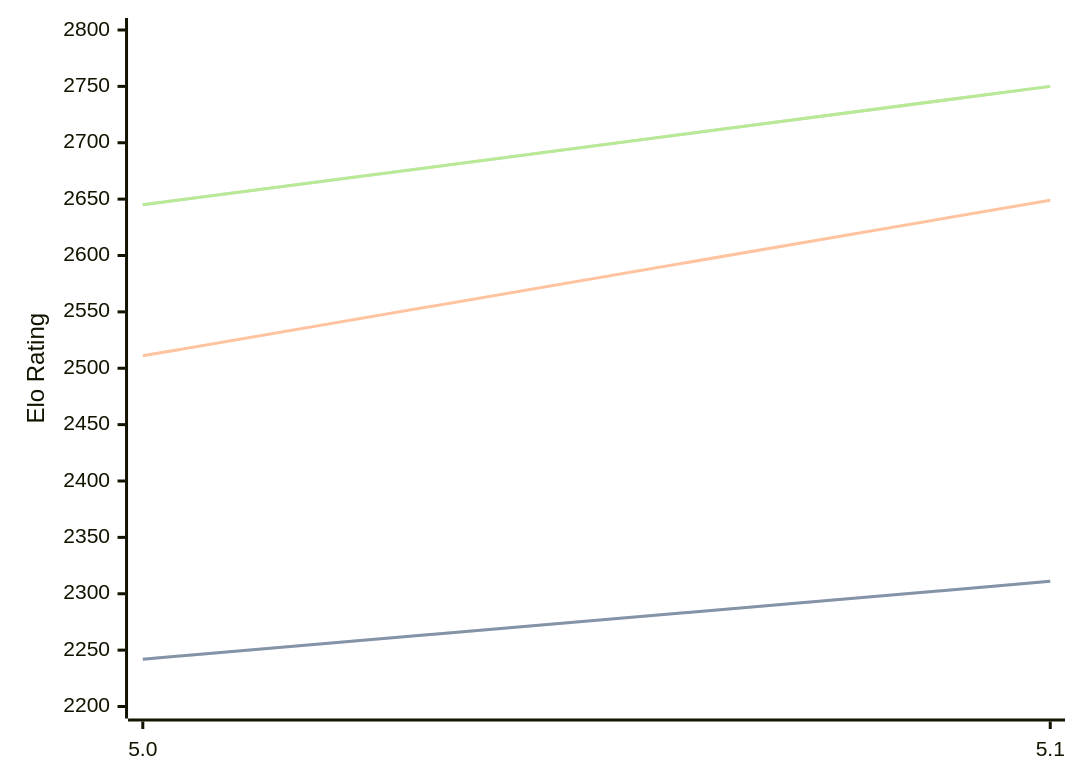
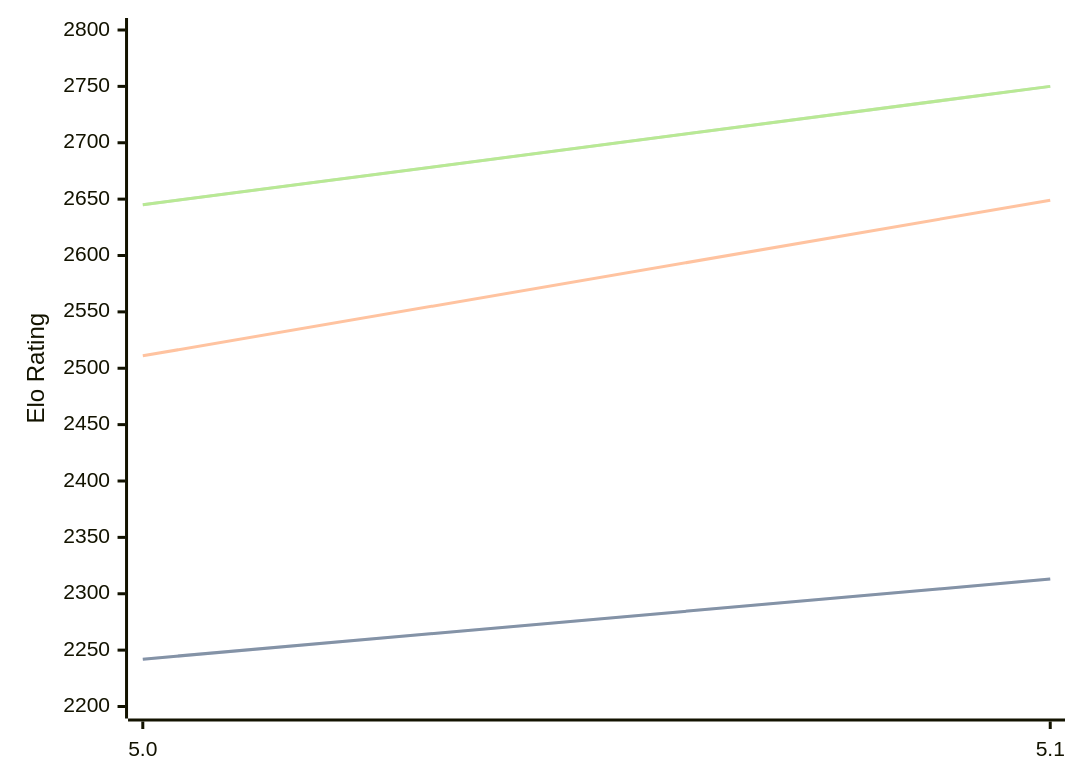
Before and after one commit to computer-chess-index/cci: the diagram in engines/Dorky.md, drawn with Mermaid. The commit also changed other lines of this file, not shown here.

````diff
--- a/engines/Dorky.md
+++ b/engines/Dorky.md
@@ -32,11 +32,11 @@
 ```mermaid
 %%{init: {"theme":"base","themeVariables":{"seriesColors:['#a3a3a3','#222221','#faa371']}}}%%
 xychart-beta
   x-axis ["5.0", "5.1"]
   y-axis "Elo Rating" 2200 --> 2800
-  line "" [2242, 2311]
-  line "STC (8.0+0.08s)" [2242, 2311]
+  line "" [2242, 2313]
+  line "STC (8.0+0.08s)" [2242, 2313]
   line "LTC (60.0+0.60s)" [2511, 2649]
   line "" [2645, 2750]
   line "VLTC (2m24s+1.12s)" [2645, 2750]
 ```
````
